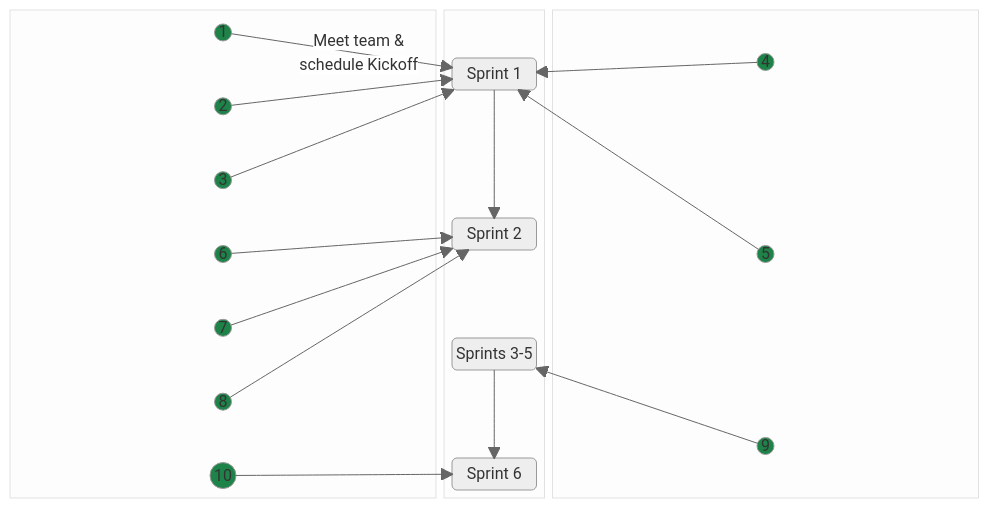
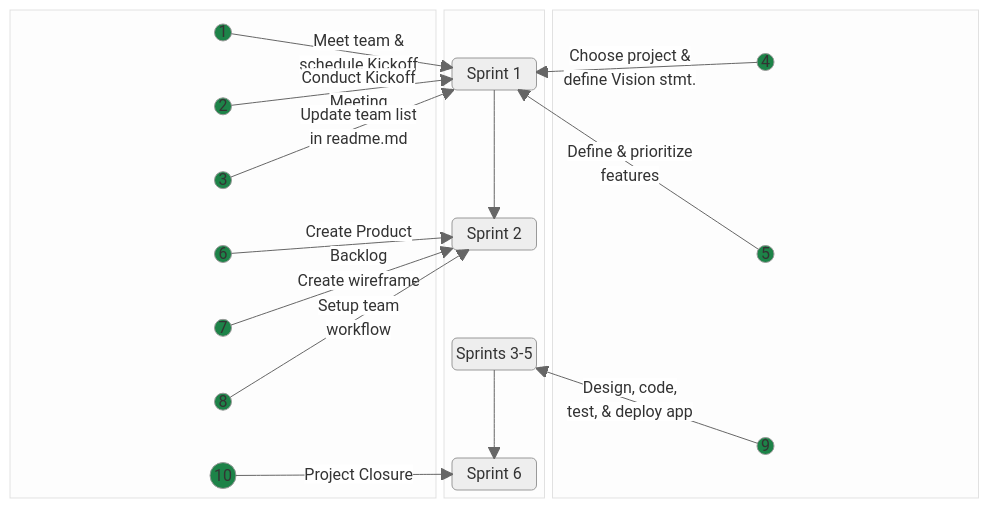
Before and after one commit to jdmedlock/mermaid_testing: the diagram in README.md, drawn with Mermaid (neutral theme).

Commit message:
Feature: Recreate linear sprint diagram

````diff
--- a/README.md
+++ b/README.md
@@ -4,71 +4,71 @@
 ```mermaid
   block-beta
     columns 9
     block:LEFT:4
       columns 1
       A1(("1"))
       space
       A2(("2"))
       space
       A3(("3"))
       space
       A6(("6"))
       space
       A7(("7"))
       space
       A8(("8"))
       space
       A10(("10"))
     end
     
     block:CENTER:1
       columns 1
       space
       SPRINT1("Sprint 1")
       space
       space
       space
       SPRINT2("Sprint 2")
       space
       space
       SPRINT35("Sprints 3-5")
       space
       space
       SPRINT6("Sprint 6")
     end
     
     block:RIGHT:4
       columns 1
       A4(("4"))
       space
       A5(("5"))
       space
       A9(("9"))
     end
 
     SPRINT1 --> SPRINT2
     SPRINT35 --> SPRINT6
 
     A1 -- "Meet team &</br>schedule Kickoff" --> SPRINT1
-    A2 ----> SPRINT1
-    A3 ----> SPRINT1
-    A4 ----> SPRINT1
-    A5 ----> SPRINT1
-    A6 ----> SPRINT2
-    A7 ----> SPRINT2
-    A8 ----> SPRINT2
-    A9 ----> SPRINT35
-    A10 ----> SPRINT6
+    A2 -- "Conduct Kickoff</br>Meeting" --> SPRINT1
+    A3 -- "Update team list</br>in readme.md" --> SPRINT1
+    A4 -- "Choose project &</br>define Vision stmt." --> SPRINT1
+    A5 -- "Define & prioritize</br>features" --> SPRINT1
+    A6 -- "Create Product</br>Backlog" --> SPRINT2
+    A7 -- "Create wireframe" --> SPRINT2
+    A8 -- "Setup team</br>workflow" --> SPRINT2
+    A9 -- "Design, code,</br>test, & deploy app" --> SPRINT35
+    A10 -- "Project Closure" --> SPRINT6
 
     style A1 fill:#1d8348
     style A2 fill:#1d8348
     style A3 fill:#1d8348
     style A4 fill:#1d8348
     style A5 fill:#1d8348
     style A6 fill:#1d8348
     style A7 fill:#1d8348
     style A8 fill:#1d8348
     style A9 fill:#1d8348
     style A10 fill:#1d8348
 
 ```
````
